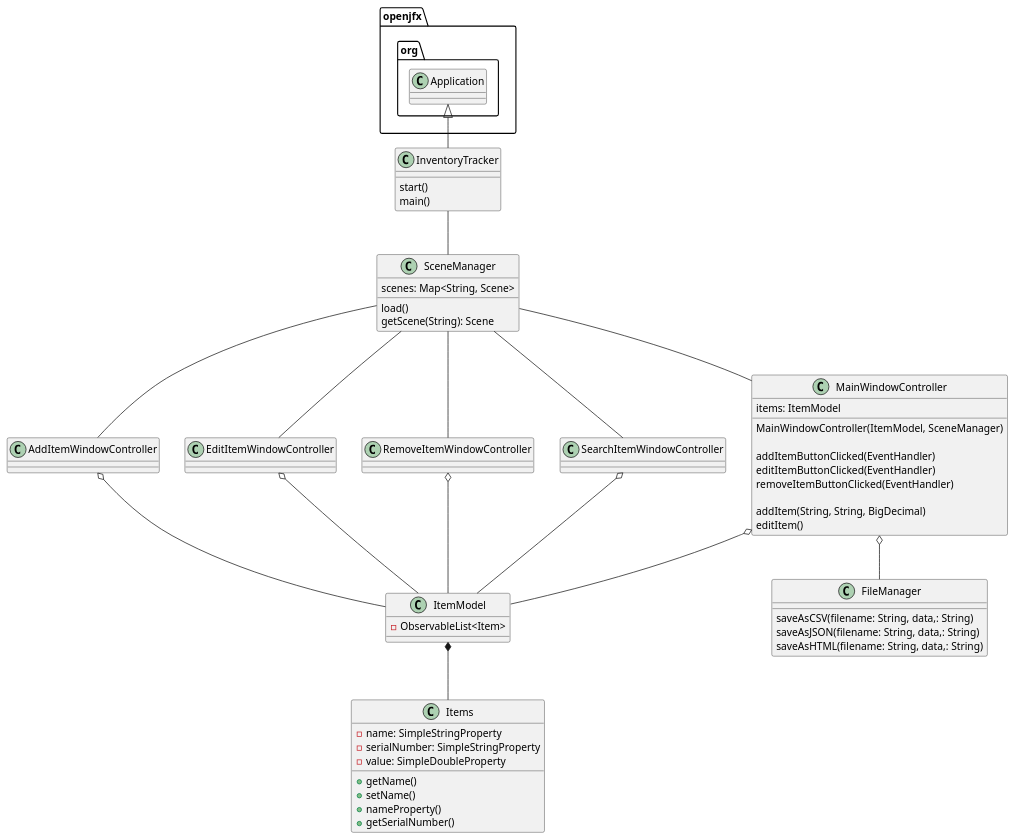
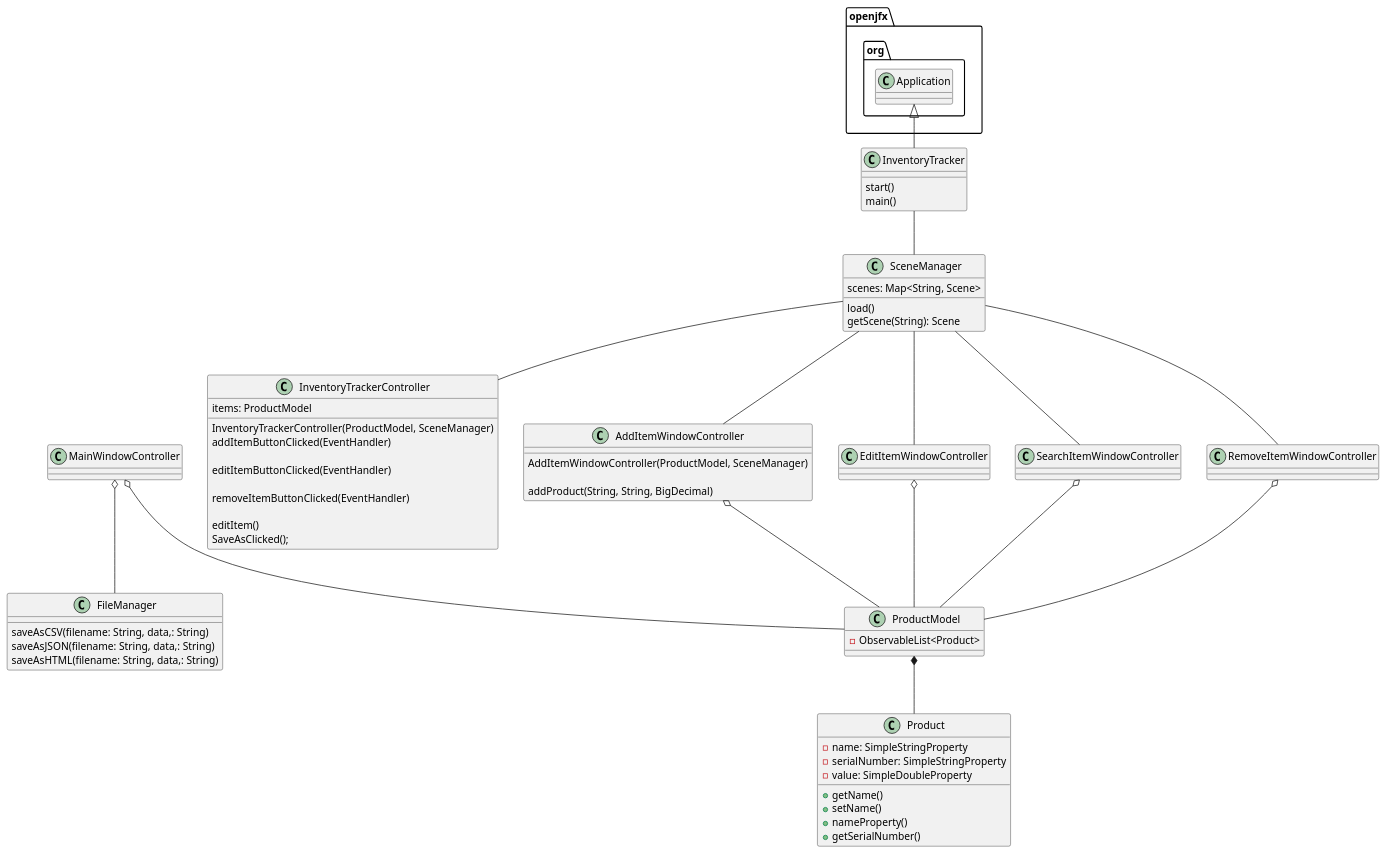
Before and after one commit to PShannon-Dev/Shannon-2611-a5: the diagram in uml/exercise56.puml, drawn with PlantUML. The commit also changed 13 other files, not shown here.

```diff
--- a/uml/exercise56.puml
+++ b/uml/exercise56.puml
@@ -1,80 +1,88 @@
 @startuml
 
 class InventoryTracker{
     start()
     main()
 }
 
 'Lecture 7/12/2021
 class SceneManager{
     scenes: Map<String, Scene>
 
     load()
     getScene(String): Scene
 }
 
-class MainWindowController{
-    items: ItemModel
+class InventoryTrackerController{
+    items: ProductModel
 
-    MainWindowController(ItemModel, SceneManager)
+    'constructor for sceneManager
+    InventoryTrackerController(ProductModel, SceneManager)
 
+
+    'pass addItem scene to SceneManager
     addItemButtonClicked(EventHandler)
+
+    'might not be button, may just edit in table view
     editItemButtonClicked(EventHandler)
+
+    'remove selected item
     removeItemButtonClicked(EventHandler)
 
-    addItem(String, String, BigDecimal)
     editItem()
+    SaveAsClicked();
 }
 class AddItemWindowController{
+    'constructor for sceneManager
+    AddItemWindowController(ProductModel, SceneManager)
 
+    'add product through constructor using text field
+    addProduct(String, String, BigDecimal)
 }
 
+'this may be removed if its possible to edit in tableview
 class EditItemWindowController{
-
-}
-
-class RemoveItemWindowController{
 
 }
 
 class SearchItemWindowController{
 }
 
-class ItemModel{
+class ProductModel{
 
-    - ObservableList<Item>
+    - ObservableList<Product>
 
 }
 
-class Items{
+class Product{
     - name: SimpleStringProperty
     - serialNumber: SimpleStringProperty
     - value: SimpleDoubleProperty
 
     + getName()
     + setName()
     + nameProperty()
     + getSerialNumber()
     '...
 }
 
 class FileManager{
     saveAsCSV(filename: String, data,: String)
     saveAsJSON(filename: String, data,: String)
     saveAsHTML(filename: String, data,: String)
 }
 openjfx.org.Application <|-- InventoryTracker
 InventoryTracker -- SceneManager
-SceneManager -- MainWindowController
+SceneManager -- InventoryTrackerController
 SceneManager -- AddItemWindowController
 SceneManager -- EditItemWindowController
 SceneManager -- RemoveItemWindowController
 SceneManager -- SearchItemWindowController
-MainWindowController o-- ItemModel
-AddItemWindowController o-- ItemModel
-EditItemWindowController o-- ItemModel
-RemoveItemWindowController o-- ItemModel
-SearchItemWindowController o-- ItemModel
+MainWindowController o-- ProductModel
+AddItemWindowController o-- ProductModel
+EditItemWindowController o-- ProductModel
+RemoveItemWindowController o-- ProductModel
+SearchItemWindowController o-- ProductModel
 MainWindowController o-- FileManager
-ItemModel *-- Items
+ProductModel *-- Product
 @enduml
```
